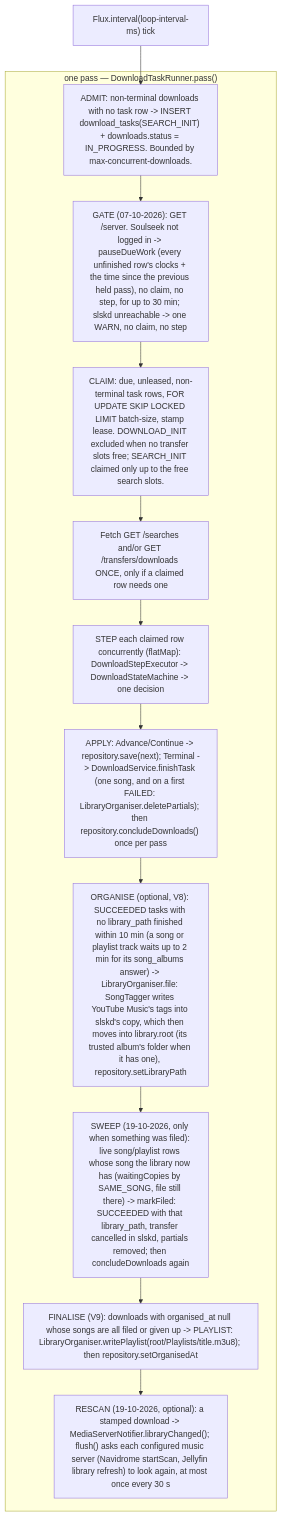
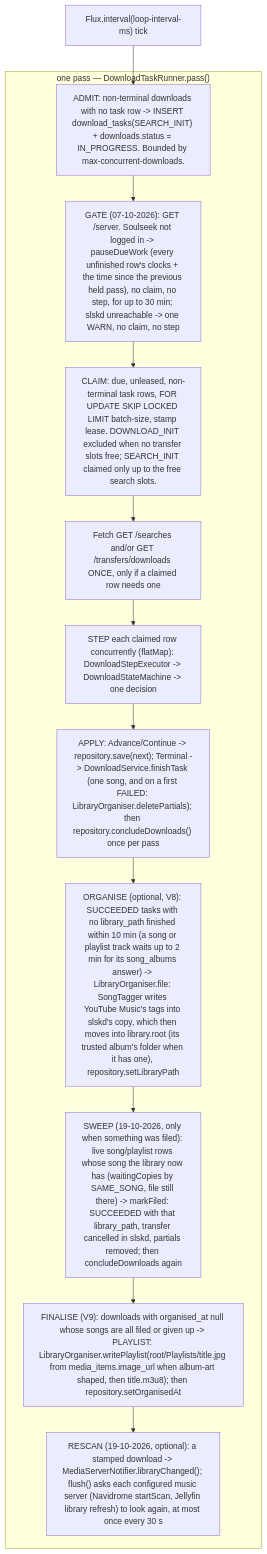
The diagram in docs/architecture/download-manager.md (catacomb5099/naviseerr), drawn with Mermaid before and after one commit. The commit also changed other lines of this file and 11 other files, not shown here.

First line of the commit message:
feat(AI): write the playlist's picture next to its playlist file

````diff
--- a/docs/architecture/download-manager.md
+++ b/docs/architecture/download-manager.md
@@ -18,16 +18,16 @@
 ```mermaid
 flowchart TD
     tick["Flux.interval(loop-interval-ms) tick"] --> admit
     subgraph pass ["one pass — DownloadTaskRunner.pass()"]
       admit["ADMIT: non-terminal downloads with no task row -> INSERT download_tasks(SEARCH_INIT) + downloads.status = IN_PROGRESS. Bounded by max-concurrent-downloads."]
       admit --> gate["GATE (07-10-2026): GET /server. Soulseek not logged in -> pauseDueWork (every unfinished row's clocks + the time since the previous held pass), no claim, no step, for up to 30 min; slskd unreachable -> one WARN, no claim, no step"]
       gate --> claim["CLAIM: due, unleased, non-terminal task rows, FOR UPDATE SKIP LOCKED LIMIT batch-size, stamp lease. DOWNLOAD_INIT excluded when no transfer slots free; SEARCH_INIT claimed only up to the free search slots."]
       claim --> fetch["Fetch GET /searches and/or GET /transfers/downloads ONCE, only if a claimed row needs one"]
       fetch --> step["STEP each claimed row concurrently (flatMap): DownloadStepExecutor -> DownloadStateMachine -> one decision"]
       step --> apply["APPLY: Advance/Continue -> repository.save(next); Terminal -> DownloadService.finishTask (one song, and on a first FAILED: LibraryOrganiser.deletePartials); then repository.concludeDownloads() once per pass"]
       apply --> organise["ORGANISE (optional, V8): SUCCEEDED tasks with no library_path finished within 10 min (a song or playlist track waits up to 2 min for its song_albums answer) -> LibraryOrganiser.file: SongTagger writes YouTube Music's tags into slskd's copy, which then moves into library.root (its trusted album's folder when it has one), repository.setLibraryPath"]
       organise --> sweep["SWEEP (19-10-2026, only when something was filed): live song/playlist rows whose song the library now has (waitingCopies by SAME_SONG, file still there) -> markFiled: SUCCEEDED with that library_path, transfer cancelled in slskd, partials removed; then concludeDownloads again"]
-      sweep --> finalise["FINALISE (V9): downloads with organised_at null whose songs are all filed or given up -> PLAYLIST: LibraryOrganiser.writePlaylist(root/Playlists/title.m3u8); then repository.setOrganisedAt"]
+      sweep --> finalise["FINALISE (V9): downloads with organised_at null whose songs are all filed or given up -> PLAYLIST: LibraryOrganiser.writePlaylist(root/Playlists/title.jpg from media_items.image_url when album-art shaped, then title.m3u8); then repository.setOrganisedAt"]
       finalise --> rescan["RESCAN (19-10-2026, optional): a stamped download -> MediaServerNotifier.libraryChanged(); flush() asks each configured music server (Navidrome startScan, Jellyfin library refresh) to look again, at most once every 30 s"]
     end
 ```
````
